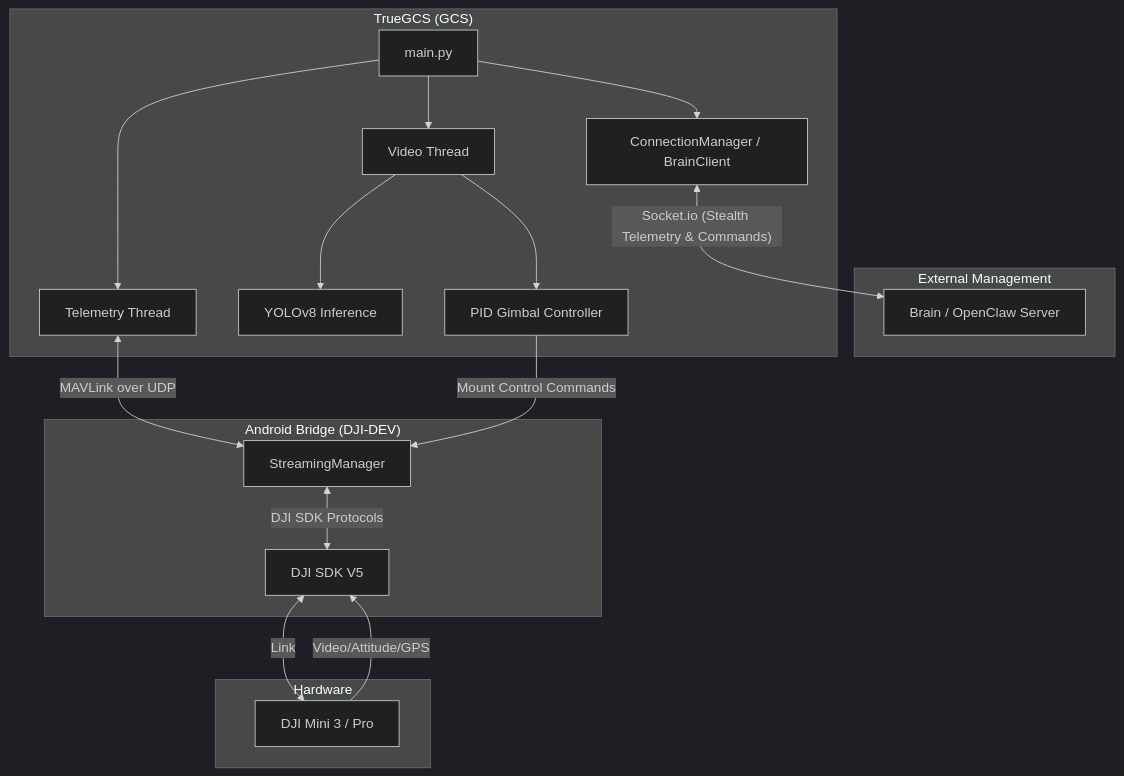
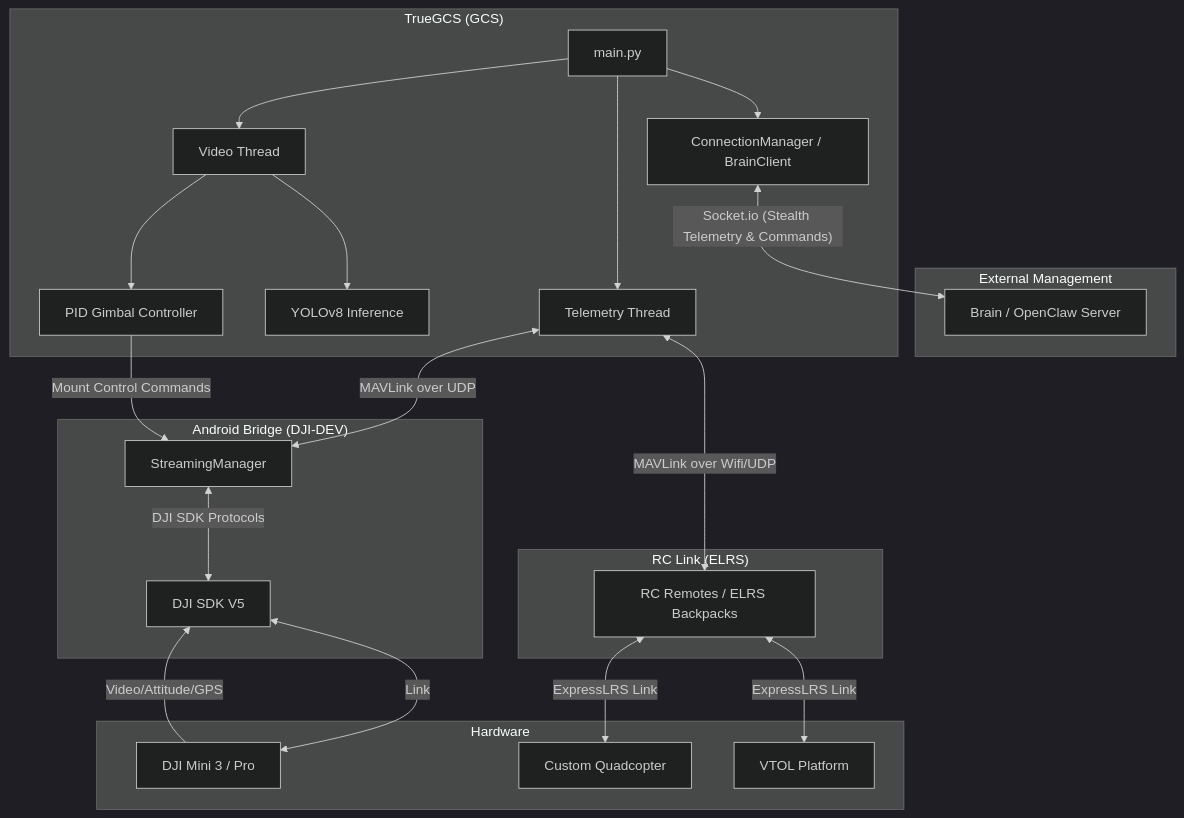
One commit to True2456/TrueGCS changed the diagram in README.md. Above: the diagram before and after it, drawn with Mermaid (dark theme).

Commit message:
Expand README architecture to include Quadcopter, VTOL, and ELRS RC link

````diff
--- a/README.md
+++ b/README.md
@@ -70,30 +70,39 @@
 ```mermaid
 graph TD
     subgraph "External Management"
         I[Brain / OpenClaw Server]
     end
 
     subgraph "TrueGCS (GCS)"
         A[main.py] --> B[Telemetry Thread]
         A --> C[Video Thread]
         A --> J[ConnectionManager / BrainClient]
         C --> D[YOLOv8 Inference]
         C --> E[PID Gimbal Controller]
     end
 
+    subgraph "RC Link (ELRS)"
+        K[RC Remotes / ELRS Backpacks]
+    end
+
     subgraph "Android Bridge (DJI-DEV)"
         F[StreamingManager]
         G[DJI SDK V5]
     end
 
     subgraph "Hardware"
         H[DJI Mini 3 / Pro]
+        L[Custom Quadcopter]
+        M[VTOL Platform]
     end
 
     J <-- "Socket.io (Stealth Telemetry & Commands)" --> I
     B <-- "MAVLink over UDP" --> F
+    B <-- "MAVLink over Wifi/UDP" --> K
+    K <-- "ExpressLRS Link" --> L
+    K <-- "ExpressLRS Link" --> M
     E -- "Mount Control Commands" --> F
     F <-- "DJI SDK Protocols" --> G
     G <-- "Link" --> H
     H -- "Video/Attitude/GPS" --> G
 ```
````
